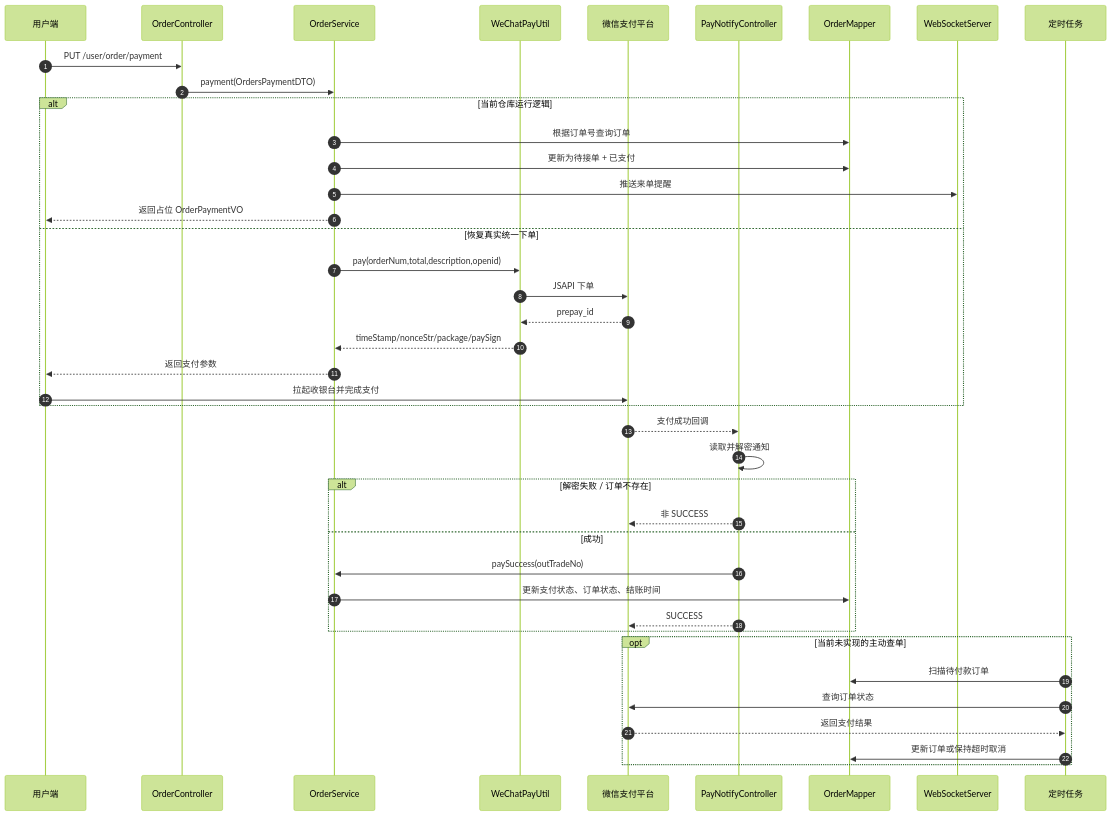
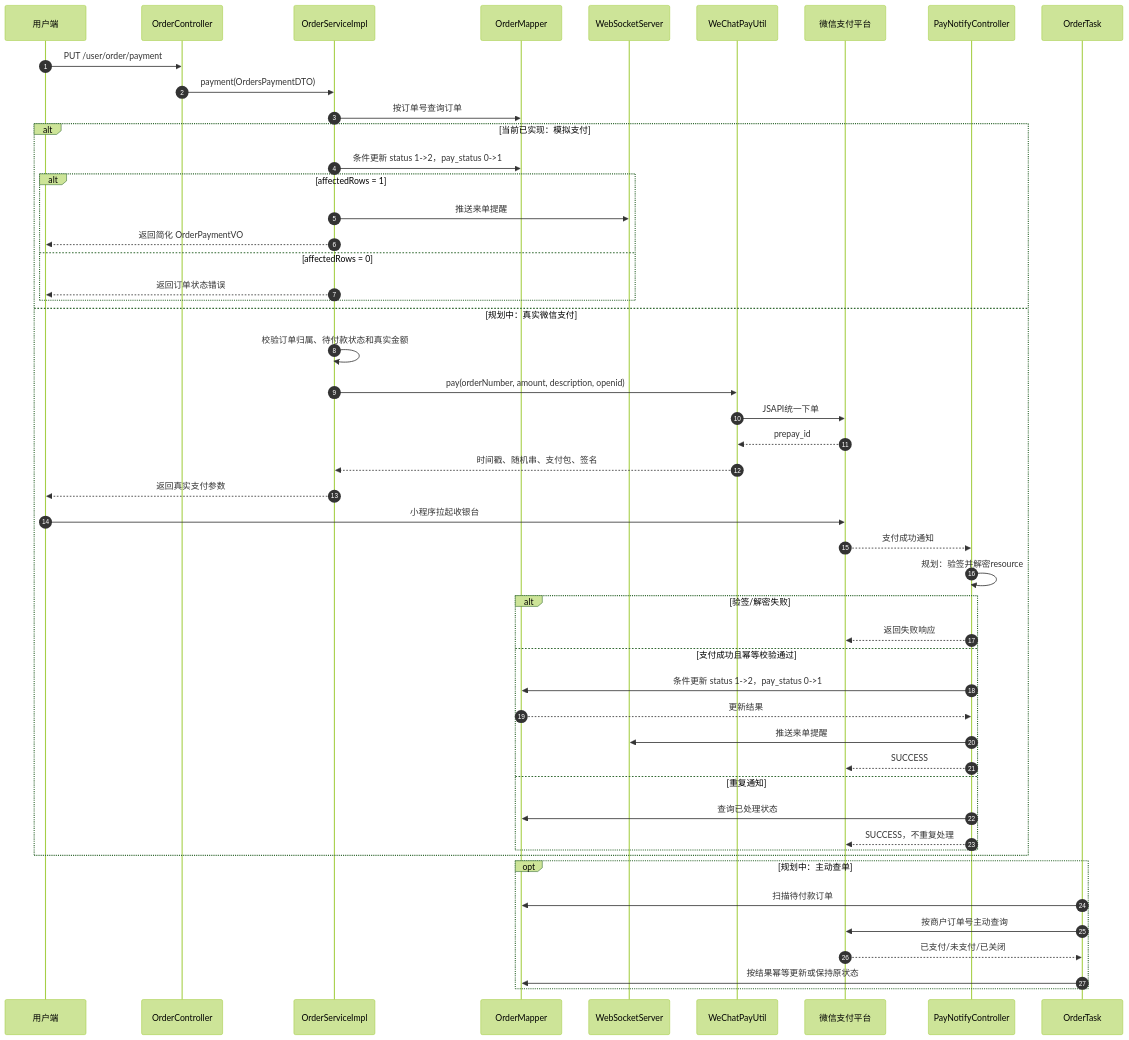
One commit to augrottooo/farm_shop changed the diagram in docs/支付链路说明.md. Above: the diagram before and after it, drawn with Mermaid (forest theme). The commit also changed other lines of this file and 4 other files, not shown here.

Commit message:
更新产品总介绍、核心流程图、界面接口映射、数据库设计、支付链路说明

````diff
--- a/docs/支付链路说明.md
+++ b/docs/支付链路说明.md
@@ -146,46 +171,55 @@
 ```mermaid
 sequenceDiagram
     autonumber
     participant U as 用户端
     participant OC as OrderController
-    participant OS as OrderService
+    participant OS as OrderServiceImpl
+    participant OM as OrderMapper
+    participant WS as WebSocketServer
     participant WP as WeChatPayUtil
     participant WX as 微信支付平台
     participant PN as PayNotifyController
-    participant OM as OrderMapper
-    participant WS as WebSocketServer
-    participant QT as 定时任务
+    participant QT as OrderTask
 
     U->>OC: PUT /user/order/payment
     OC->>OS: payment(OrdersPaymentDTO)
-    alt 当前仓库运行逻辑
-        OS->>OM: 根据订单号查询订单
-        OS->>OM: 更新为待接单 + 已支付
-        OS->>WS: 推送来单提醒
-        OS-->>U: 返回占位 OrderPaymentVO
-    else 恢复真实统一下单
-        OS->>WP: pay(orderNum,total,description,openid)
-        WP->>WX: JSAPI 下单
+    OS->>OM: 按订单号查询订单
+
+    alt 当前已实现：模拟支付
+        OS->>OM: 条件更新 status 1->2，pay_status 0->1
+        alt affectedRows = 1
+            OS->>WS: 推送来单提醒
+            OS-->>U: 返回简化 OrderPaymentVO
+        else affectedRows = 0
+            OS-->>U: 返回订单状态错误
+        end
+    else 规划中：真实微信支付
+        OS->>OS: 校验订单归属、待付款状态和真实金额
+        OS->>WP: pay(orderNumber, amount, description, openid)
+        WP->>WX: JSAPI统一下单
         WX-->>WP: prepay_id
-        WP-->>OS: timeStamp/nonceStr/package/paySign
-        OS-->>U: 返回支付参数
-        U->>WX: 拉起收银台并完成支付
+        WP-->>OS: 时间戳、随机串、支付包、签名
+        OS-->>U: 返回真实支付参数
+        U->>WX: 小程序拉起收银台
+        WX-->>PN: 支付成功通知
+        PN->>PN: 规划：验签并解密resource
+        alt 验签/解密失败
+            PN-->>WX: 返回失败响应
+        else 支付成功且幂等校验通过
+            PN->>OM: 条件更新 status 1->2，pay_status 0->1
+            OM-->>PN: 更新结果
+            PN->>WS: 推送来单提醒
+            PN-->>WX: SUCCESS
+        else 重复通知
+            PN->>OM: 查询已处理状态
+            PN-->>WX: SUCCESS，不重复处理
+        end
     end
 
-    WX-->>PN: 支付成功回调
-    PN->>PN: 读取并解密通知
-    alt 解密失败 / 订单不存在
-        PN-->>WX: 非 SUCCESS
-    else 成功
-        PN->>OS: paySuccess(outTradeNo)
-        OS->>OM: 更新支付状态、订单状态、结账时间
-        PN-->>WX: SUCCESS
-    end
-
-    opt 当前未实现的主动查单
+    opt 规划中：主动查单
         QT->>OM: 扫描待付款订单
-        QT->>WX: 查询订单状态
-        WX-->>QT: 返回支付结果
-        QT->>OM: 更新订单或保持超时取消
+        QT->>WX: 按商户订单号主动查询
+        WX-->>QT: 已支付/未支付/已关闭
+        QT->>OM: 按结果幂等更新或保持原状态
     end
 ```
````
